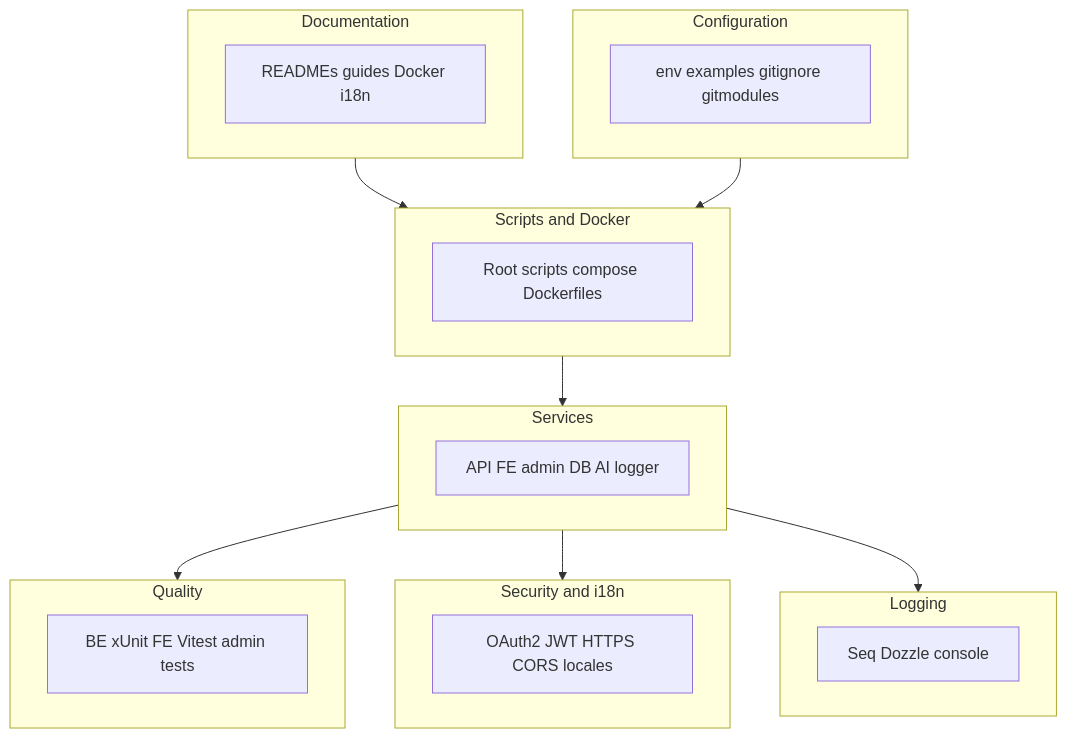
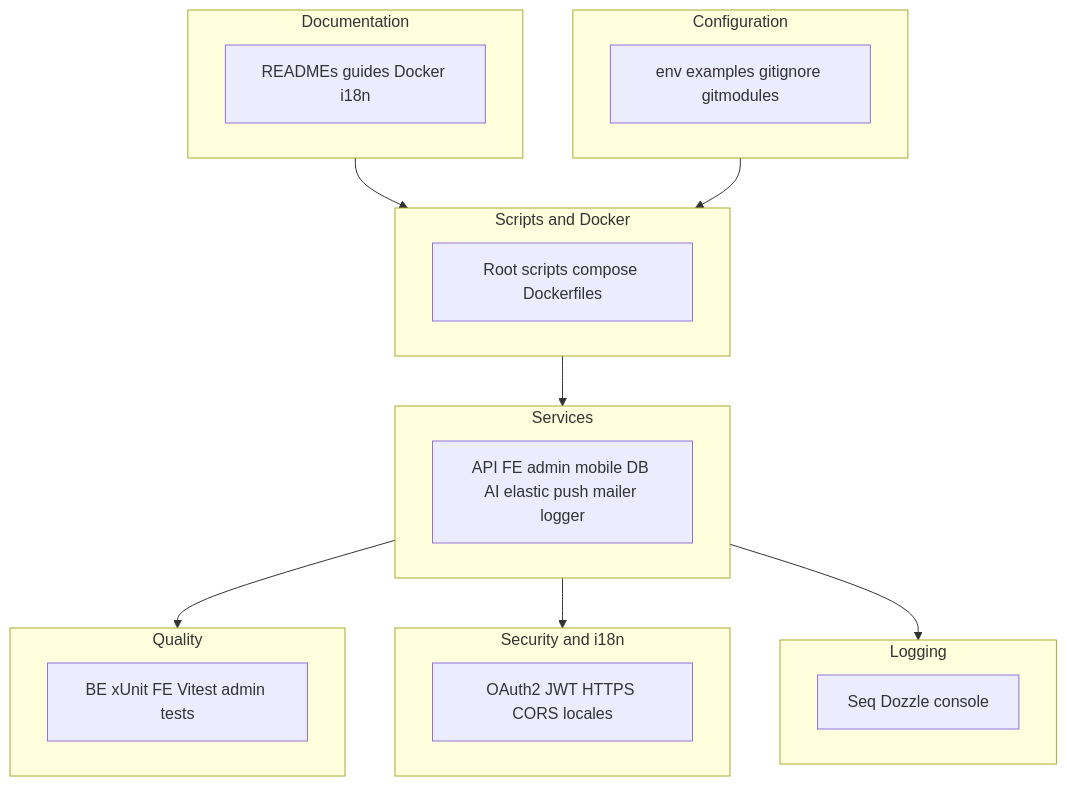
One commit to 01laky/mfai_demo changed the diagram in docs/guides/boilerplate-checklist.md. Above: the diagram before and after it, drawn with Mermaid. The commit also changed other lines of this file and 3 other files, not shown here.

First line of the commit message:
docs(guides): sync layout diagrams and submodule inventory

````diff
--- a/docs/guides/boilerplate-checklist.md
+++ b/docs/guides/boilerplate-checklist.md
@@ -5,30 +5,30 @@
 ```mermaid
 flowchart TB
   subgraph Doc["Documentation"]
     D1[READMEs guides Docker i18n]
   end
   subgraph CFG["Configuration"]
     C1[env examples gitignore gitmodules]
   end
   subgraph SCR["Scripts and Docker"]
     S1[Root scripts compose Dockerfiles]
   end
   subgraph Qual["Quality"]
     Q1[BE xUnit FE Vitest admin tests]
   end
   subgraph Svc["Services"]
-    V1[API FE admin DB AI logger]
+    V1[API FE admin mobile DB AI elastic push mailer logger]
   end
   subgraph Sec["Security and i18n"]
     Sec1[OAuth2 JWT HTTPS CORS locales]
   end
   subgraph Log["Logging"]
     L1[Seq Dozzle console]
   end
   Doc --> SCR
   CFG --> SCR
   SCR --> Svc
   Svc --> Qual
   Svc --> Sec
   Svc --> Log
 ```
````
